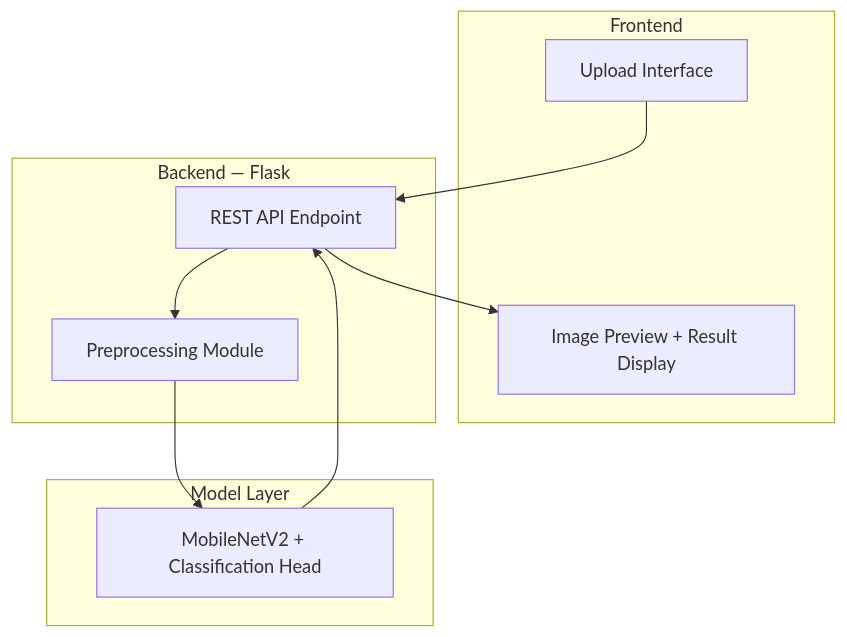
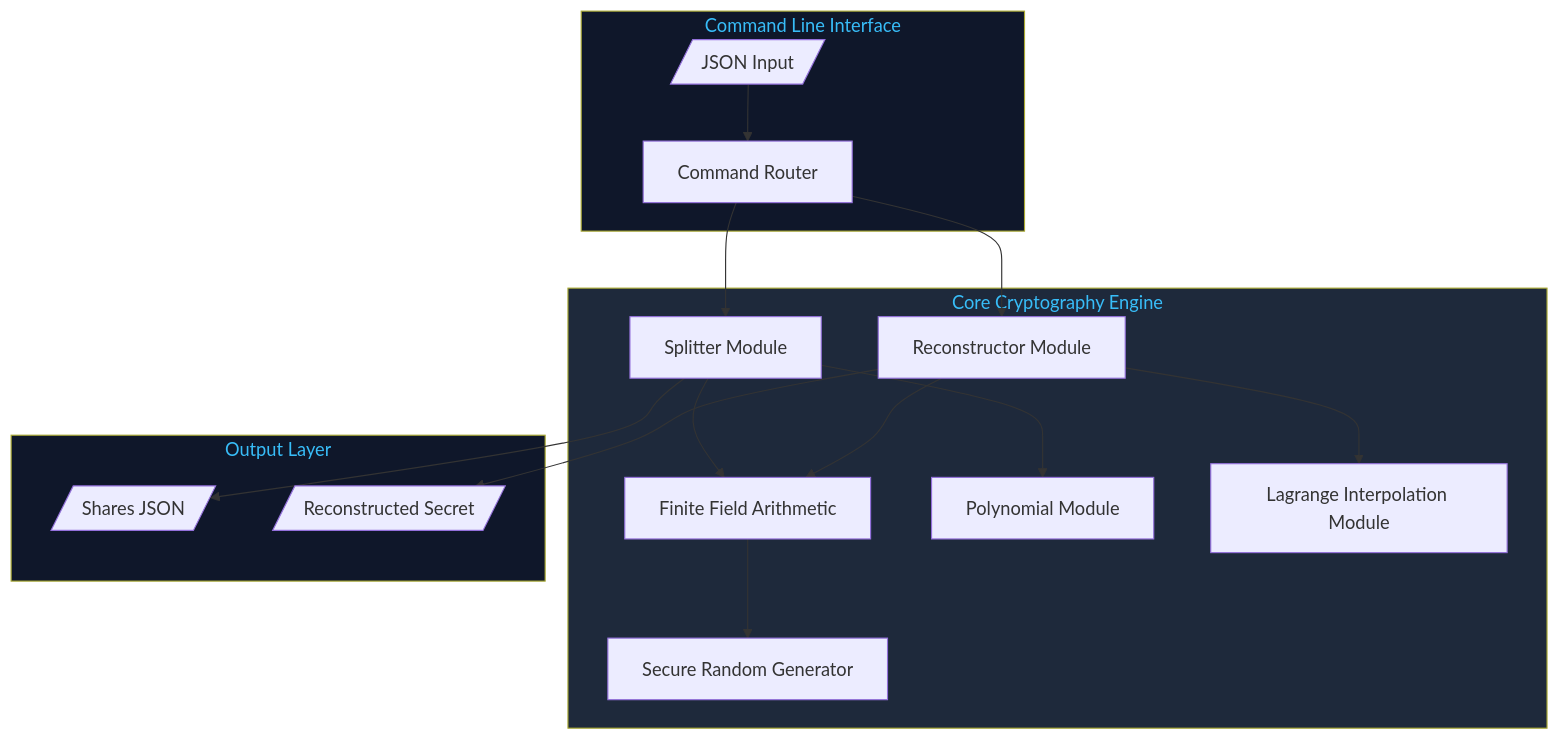
The ninth of 13 diagrams in README.md (bhagavan444/shamir-secret-sharing), drawn with Mermaid before and after one commit. The commit also changed other lines of this file, not shown here.

````diff
--- a/README.md
+++ b/README.md
@@ -332,22 +492,25 @@
 ```mermaid
 graph TB
-    subgraph Client["Frontend"]
-        UI[Upload Interface]
-        Preview[Image Preview + Result Display]
+    subgraph CLI["Command Line Interface"]
+        Input[/JSON Input/] --> Router[Command Router]
     end
 
-    subgraph API["Backend — Flask"]
-        Gateway[REST API Endpoint]
-        Preprocess[Preprocessing Module]
+    subgraph CORE["Core Cryptography Engine"]
+        Router --> Split[Splitter Module]
+        Router --> Recon[Reconstructor Module]
+        Split --> Field[Finite Field Arithmetic]
+        Recon --> Field
+        Split --> Poly[Polynomial Module]
+        Recon --> Lagrange[Lagrange Interpolation Module]
+        Field --> RNG[Secure Random Generator]
     end
 
-    subgraph Model["Model Layer"]
-        CNN[MobileNetV2 + Classification Head]
+    subgraph IO["Output Layer"]
+        Split --> OutShares[/Shares JSON/]
+        Recon --> OutSecret[/Reconstructed Secret/]
     end
 
-    UI --> Gateway
-    Gateway --> Preprocess
-    Preprocess --> CNN
-    CNN --> Gateway
-    Gateway --> Preview
+    style CLI fill:#0F172A,color:#38BDF8
+    style CORE fill:#1E293B,color:#38BDF8
+    style IO fill:#0F172A,color:#38BDF8
 ```
````
